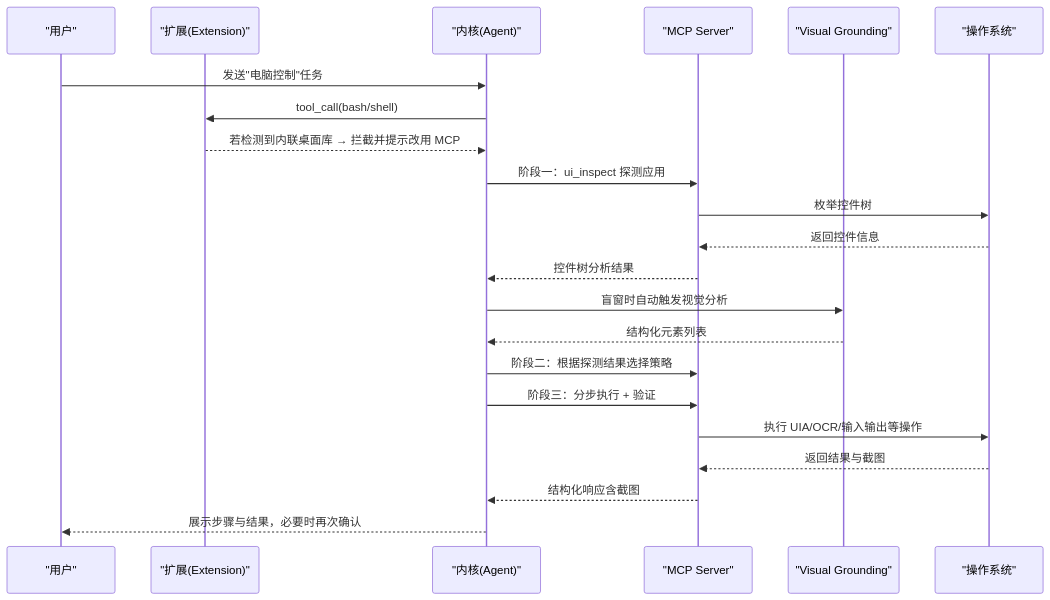
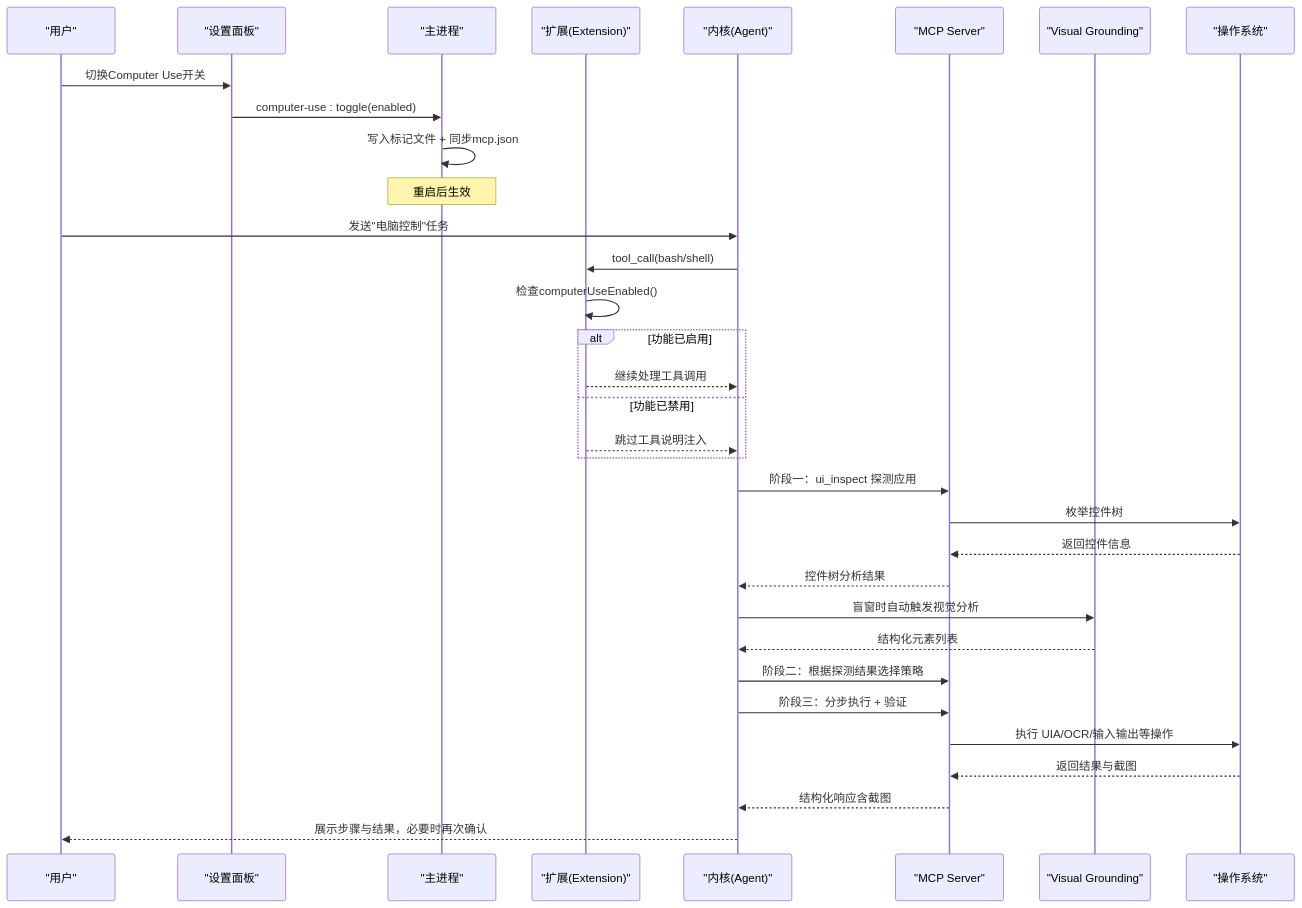
Before and after one commit to swond-Mao/Tiffa: the second of 4 diagrams in .qoder/repowiki/zh/content/技能系统/计算机使用技能/计算机使用技能.md, drawn with Mermaid. The commit also changed other lines of this file and 49 other files, not shown here.

````diff
--- a/.qoder/repowiki/zh/content/技能系统/计算机使用技能/计算机使用技能.md
+++ b/.qoder/repowiki/zh/content/技能系统/计算机使用技能/计算机使用技能.md
@@ -123,24 +144,35 @@
 ```mermaid
 sequenceDiagram
 participant U as "用户"
+participant S as "设置面板"
+participant M as "主进程"
 participant E as "扩展(Extension)"
 participant K as "内核(Agent)"
-participant M as "MCP Server"
+participant MCP as "MCP Server"
 participant V as "Visual Grounding"
 participant OS as "操作系统"
+U->>S : 切换Computer Use开关
+S->>M : computer-use : toggle(enabled)
+M->>M : 写入标记文件 + 同步mcp.json
+Note over M : 重启后生效
 U->>K : 发送"电脑控制"任务
 K->>E : tool_call(bash/shell)
-E-->>K : 若检测到内联桌面库 → 拦截并提示改用 MCP
-K->>M : 阶段一：ui_inspect 探测应用
-M->>OS : 枚举控件树
-OS-->>M : 返回控件信息
-M-->>K : 控件树分析结果
+E->>E : 检查computerUseEnabled()
+alt 功能已启用
+E-->>K : 继续处理工具调用
+else 功能已禁用
+E-->>K : 跳过工具说明注入
+end
+K->>MCP : 阶段一：ui_inspect 探测应用
+MCP->>OS : 枚举控件树
+OS-->>MCP : 返回控件信息
+MCP-->>K : 控件树分析结果
 K->>V : 盲窗时自动触发视觉分析
 V-->>K : 结构化元素列表
-K->>M : 阶段二：根据探测结果选择策略
-K->>M : 阶段三：分步执行 + 验证
-M->>OS : 执行 UIA/OCR/输入输出等操作
-OS-->>M : 返回结果与截图
-M-->>K : 结构化响应含截图
+K->>MCP : 阶段二：根据探测结果选择策略
+K->>MCP : 阶段三：分步执行 + 验证
+MCP->>OS : 执行 UIA/OCR/输入输出等操作
+OS-->>MCP : 返回结果与截图
+MCP-->>K : 结构化响应含截图
 K-->>U : 展示步骤与结果，必要时再次确认
 ```
````
